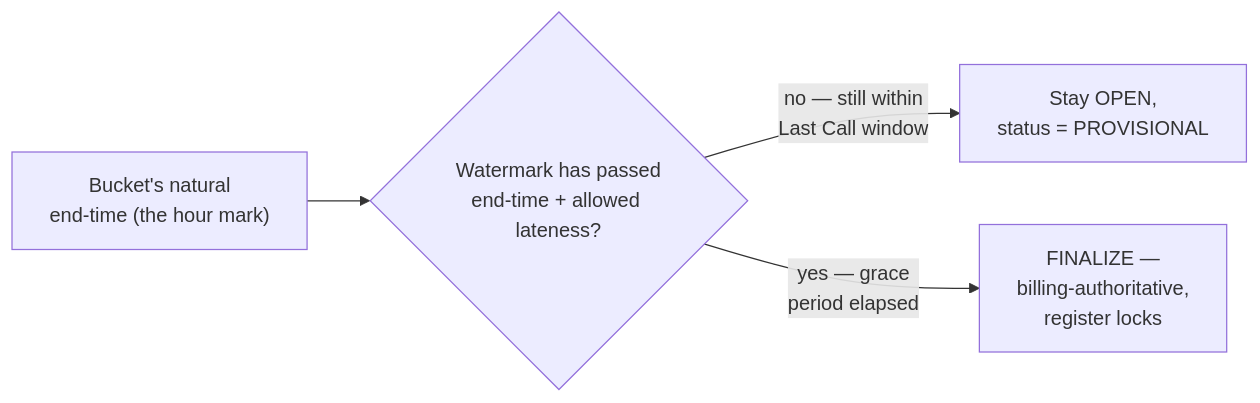
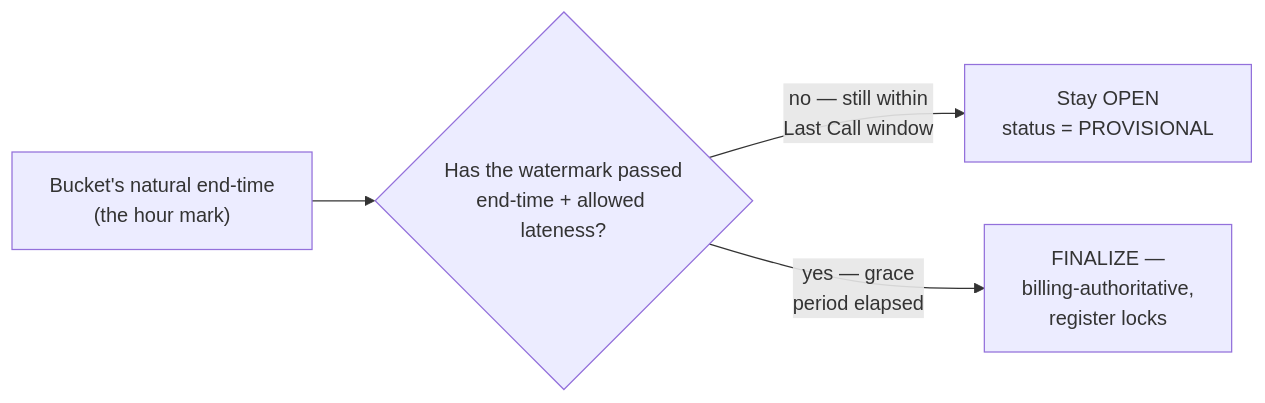
The sixth of 12 diagrams in system-design/HLD/0-course/63-Design-an-Ad-Click-Aggregation-System-FAANG-Guide-story.md (riyaz-pasha/Learnings), drawn with Mermaid before and after one commit. The commit also changed other lines of this file and 1 other file, not shown here.

Commit message:
[REWRITE] Ad Click Aggregation System story guide: simplify prose, add structure, fix diagrams

````diff
--- a/system-design/HLD/0-course/63-Design-an-Ad-Click-Aggregation-System-FAANG-Guide-story.md
+++ b/system-design/HLD/0-course/63-Design-an-Ad-Click-Aggregation-System-FAANG-Guide-story.md
@@ -145,6 +352,6 @@
 ```mermaid
 flowchart LR
-    A["Bucket's natural\nend-time (the hour mark)"] --> B{"Watermark has passed\nend-time + allowed lateness?"}
-    B -->|"no — still within\nLast Call window"| C["Stay OPEN,\nstatus = PROVISIONAL"]
-    B -->|"yes — grace\nperiod elapsed"| D["FINALIZE —\nbilling-authoritative,\nregister locks"]
+    A["Bucket's natural end-time<br/>(the hour mark)"] --> B{"Has the watermark passed<br/>end-time + allowed lateness?"}
+    B -->|"no — still within<br/>Last Call window"| C["Stay OPEN<br/>status = PROVISIONAL"]
+    B -->|"yes — grace<br/>period elapsed"| D["FINALIZE —<br/>billing-authoritative,<br/>register locks"]
 ```
````
